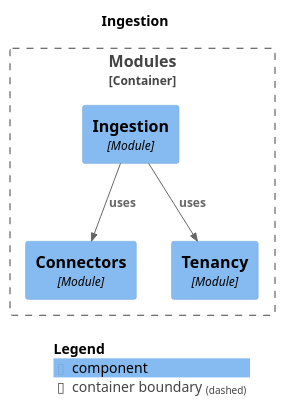
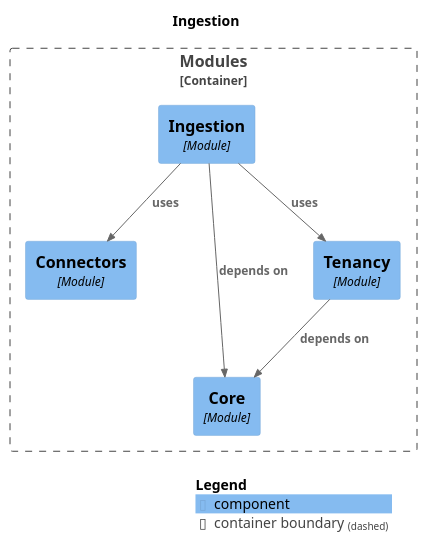
Before and after one commit to aliemrahpekesen/eKingProducitivtyMeter: the diagram in docs/architecture/generated/modulith/module-ingestion.puml, drawn with PlantUML. The commit also changed 3 other files, not shown here.

Commit message:
docs(architecture): regenerate Modulith diagrams for the admin ports [TASK-0018]

```diff
--- a/docs/architecture/generated/modulith/module-ingestion.puml
+++ b/docs/architecture/generated/modulith/module-ingestion.puml
@@ -1,21 +1,24 @@
 @startuml
 set separator none
 title Ingestion
 
 top to bottom direction
 
 !include <C4/C4>
 !include <C4/C4_Context>
 !include <C4/C4_Component>
 
 Container_Boundary("Modules.Modules_boundary", "Modules", $tags="") {
   Component(Modules.Modules.Connectors, "Connectors", $techn="Module", $descr="", $tags="", $link="")
+  Component(Modules.Modules.Core, "Core", $techn="Module", $descr="", $tags="", $link="")
   Component(Modules.Modules.Ingestion, "Ingestion", $techn="Module", $descr="", $tags="", $link="")
   Component(Modules.Modules.Tenancy, "Tenancy", $techn="Module", $descr="", $tags="", $link="")
 }
 
+Rel(Modules.Modules.Tenancy, Modules.Modules.Core, "depends on", $techn="", $tags="", $link="")
+Rel(Modules.Modules.Ingestion, Modules.Modules.Core, "depends on", $techn="", $tags="", $link="")
 Rel(Modules.Modules.Ingestion, Modules.Modules.Tenancy, "uses", $techn="", $tags="", $link="")
 Rel(Modules.Modules.Ingestion, Modules.Modules.Connectors, "uses", $techn="", $tags="", $link="")
 
 SHOW_LEGEND(true)
 @enduml
```
